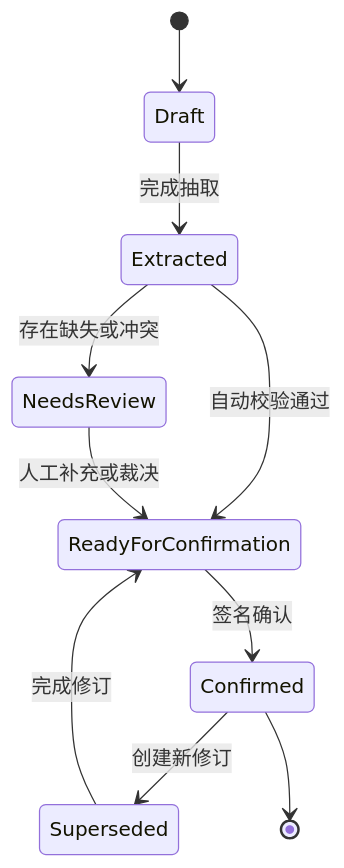
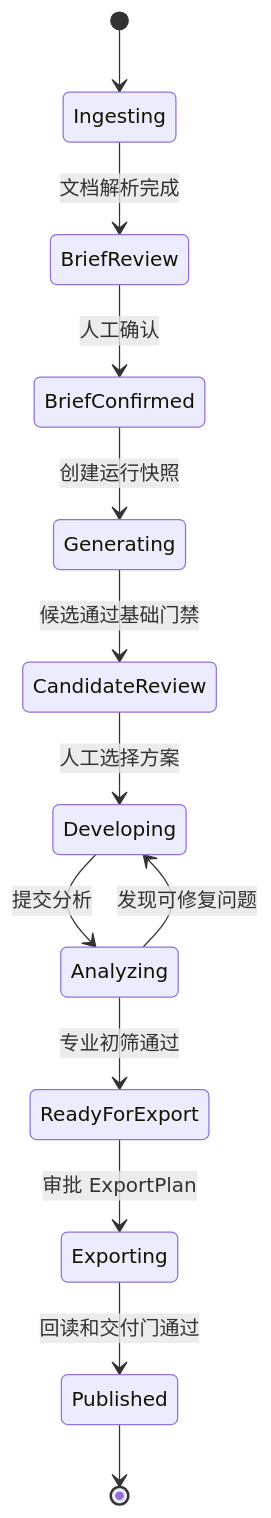
One commit to wangdengyu0512/Learning changed the fifth of 11 diagrams in content/posts/ai-conceptual-building-design-poc-architecture.md. Above: the diagram before and after it, drawn with Mermaid. The commit also changed other lines of this file and 5 other files, not shown here.

Commit message:
docs: refocus building design POC on architecture

````diff
--- a/content/posts/ai-conceptual-building-design-poc-architecture.md
+++ b/content/posts/ai-conceptual-building-design-poc-architecture.md
@@ -226,12 +472,15 @@
 ```mermaid
 stateDiagram-v2
-    [*] --> Draft
-    Draft --> Extracted: 完成抽取
-    Extracted --> NeedsReview: 存在缺失或冲突
-    Extracted --> ReadyForConfirmation: 自动校验通过
-    NeedsReview --> ReadyForConfirmation: 人工补充或裁决
-    ReadyForConfirmation --> Confirmed: 签名确认
-    Confirmed --> Superseded: 创建新修订
-    Superseded --> ReadyForConfirmation: 完成修订
-    Confirmed --> [*]
+    [*] --> Ingesting
+    Ingesting --> BriefReview: 文档解析完成
+    BriefReview --> BriefConfirmed: 人工确认
+    BriefConfirmed --> Generating: 创建运行快照
+    Generating --> CandidateReview: 候选通过基础门禁
+    CandidateReview --> Developing: 人工选择方案
+    Developing --> Analyzing: 提交分析
+    Analyzing --> Developing: 发现可修复问题
+    Analyzing --> ReadyForExport: 专业初筛通过
+    ReadyForExport --> Exporting: 审批 ExportPlan
+    Exporting --> Published: 回读和交付门通过
+    Published --> [*]
 ```
````
